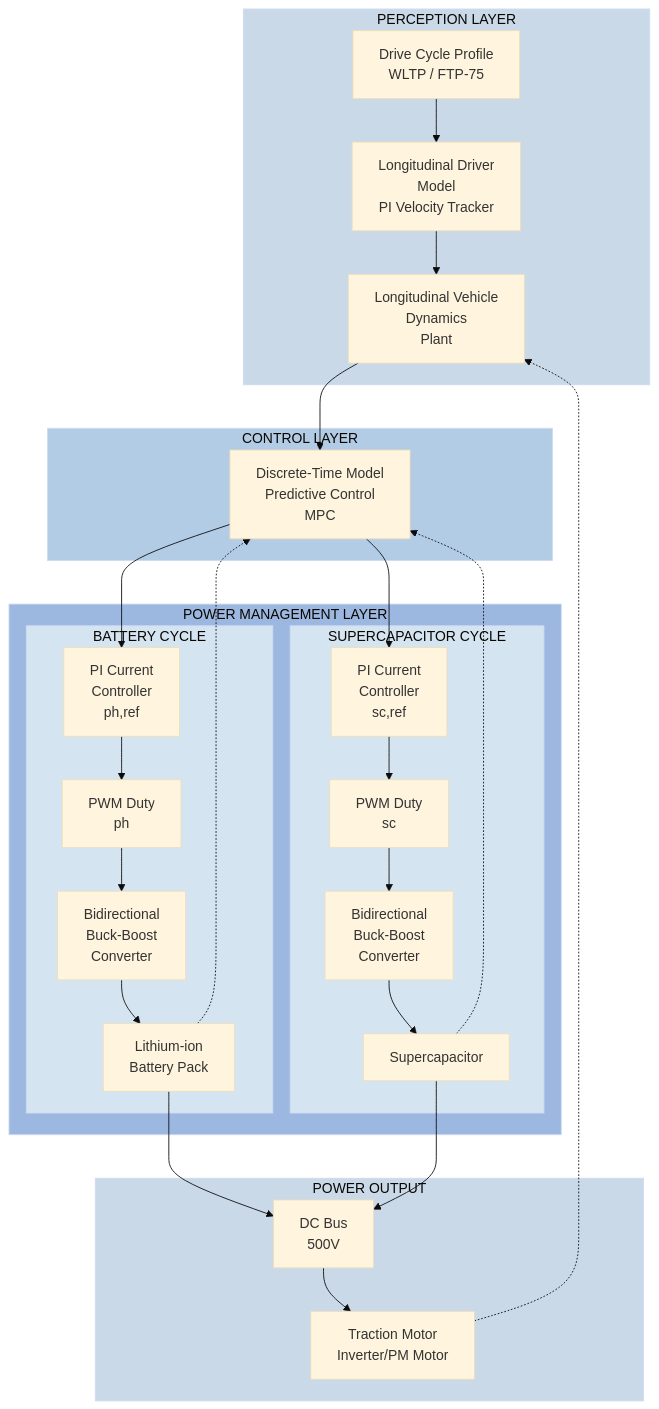
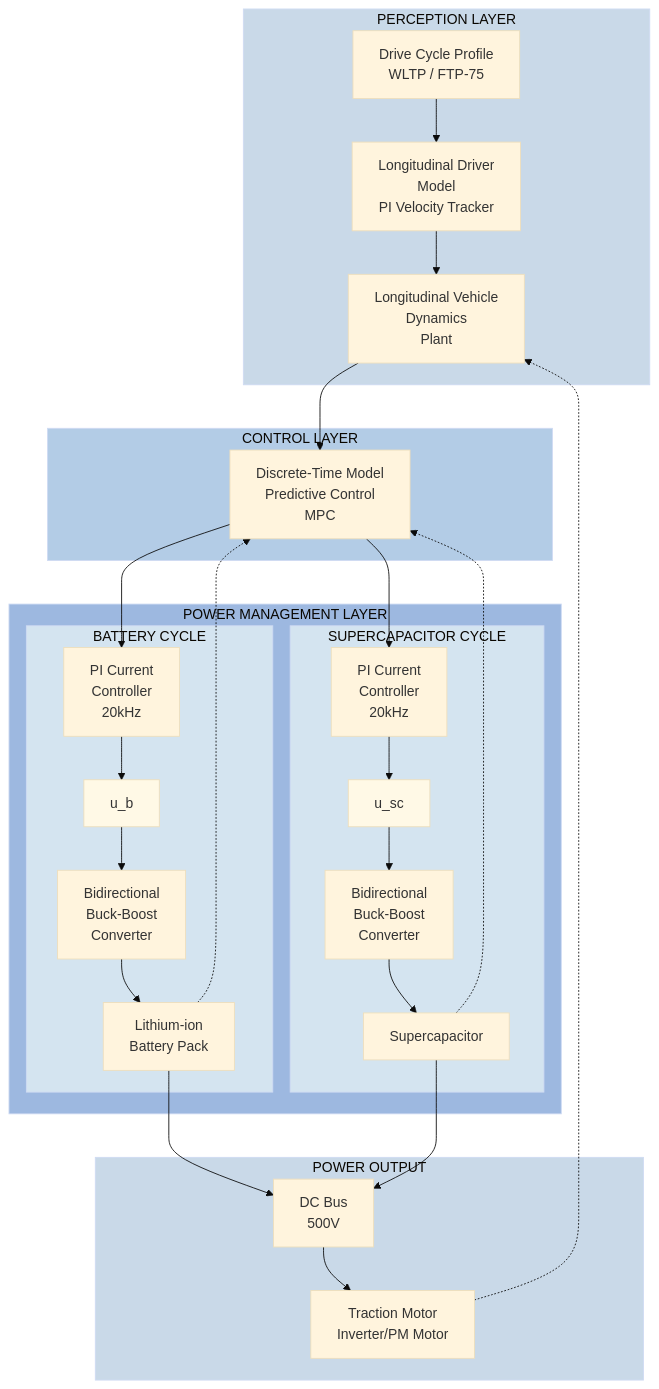
The diagram in ARCHITECTURE_DIAGRAM.md (selinkurt99-design/project1), drawn with Mermaid (base theme) before and after one commit. The commit also changed other lines of this file, not shown here.

Commit message:
Update architecture diagram with correct labels and improved layout to prevent text overlap

````diff
--- a/ARCHITECTURE_DIAGRAM.md
+++ b/ARCHITECTURE_DIAGRAM.md
@@ -5,53 +5,60 @@
 ```mermaid
 graph TD
     subgraph Perception["PERCEPTION LAYER"]
         A["Drive Cycle Profile<br/>WLTP / FTP-75"]
         B["Longitudinal Driver<br/>Model<br/>PI Velocity Tracker"]
         C["Longitudinal Vehicle<br/>Dynamics<br/>Plant"]
-        A --> B --> C
+        A --> B
+        B --> C
     end
     
     subgraph Control["CONTROL LAYER"]
         D["Discrete-Time Model<br/>Predictive Control<br/>MPC"]
     end
     
     subgraph Power["POWER MANAGEMENT LAYER"]
         subgraph Battery["BATTERY CYCLE"]
-            E1["PI Current<br/>Controller<br/>ph,ref"]
-            F1["PWM Duty<br/>ph"]
+            E1["PI Current<br/>Controller<br/>20kHz"]
+            F1["u_b"]
             G1["Bidirectional<br/>Buck-Boost<br/>Converter"]
             H1["Lithium-ion<br/>Battery Pack"]
-            E1 --> F1 --> G1 --> H1
+            E1 --> F1
+            F1 --> G1
+            G1 --> H1
         end
         
         subgraph Supercap["SUPERCAPACITOR CYCLE"]
-            E2["PI Current<br/>Controller<br/>sc,ref"]
-            F2["PWM Duty<br/>sc"]
+            E2["PI Current<br/>Controller<br/>20kHz"]
+            F2["u_sc"]
             G2["Bidirectional<br/>Buck-Boost<br/>Converter"]
             H2["Supercapacitor"]
-            E2 --> F2 --> G2 --> H2
+            E2 --> F2
+            F2 --> G2
+            G2 --> H2
         end
     end
     
     subgraph Plant["POWER OUTPUT"]
         I["DC Bus<br/>500V"]
         J["Traction Motor<br/>Inverter/PM Motor"]
     end
     
     C --> D
     D --> E1
     D --> E2
     H1 --> I
     H2 --> I
     I --> J
     J -.-> C
     H1 -.-> D
     H2 -.-> D
     
     style Perception fill:#c9d9e8
     style Control fill:#b3cce6
     style Power fill:#9db8e0
     style Battery fill:#d4e4f0
     style Supercap fill:#d4e4f0
     style Plant fill:#c9d9e8
+    style F1 fill:#fff9e6
+    style F2 fill:#fff9e6
 ```
````
